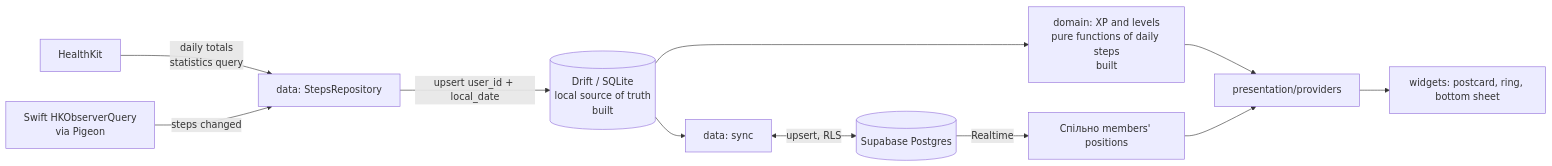
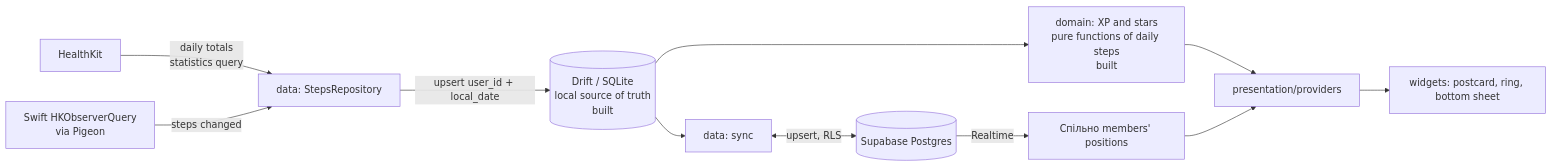
The diagram in docs/ARCHITECTURE.md (korotinmain/shlyakh-app), drawn with Mermaid before and after one commit. The commit also changed other lines of this file and 36 other files, not shown here.

````diff
--- a/docs/ARCHITECTURE.md
+++ b/docs/ARCHITECTURE.md
@@ -136,13 +142,13 @@
 ```mermaid
 flowchart LR
   HK[HealthKit] -->|daily totals<br/>statistics query| SR[data: StepsRepository]
   OBS[Swift HKObserverQuery<br/>via Pigeon] -->|"steps changed"| SR
   SR -->|upsert user_id + local_date| DB[(Drift / SQLite<br/>local source of truth<br/>built)]
-  DB --> XP[domain: XP and levels<br/>pure functions of daily steps<br/>built]
+  DB --> XP[domain: XP and stars<br/>pure functions of daily steps<br/>built]
   DB --> SYNC[data: sync]
   SYNC <-->|upsert, RLS| SB[(Supabase Postgres)]
   SB -->|Realtime| MEMBERS[Спільно members' positions]
   XP --> P[presentation/providers]
   MEMBERS --> P
   P --> UI[widgets: postcard, ring, bottom sheet]
 ```
````
